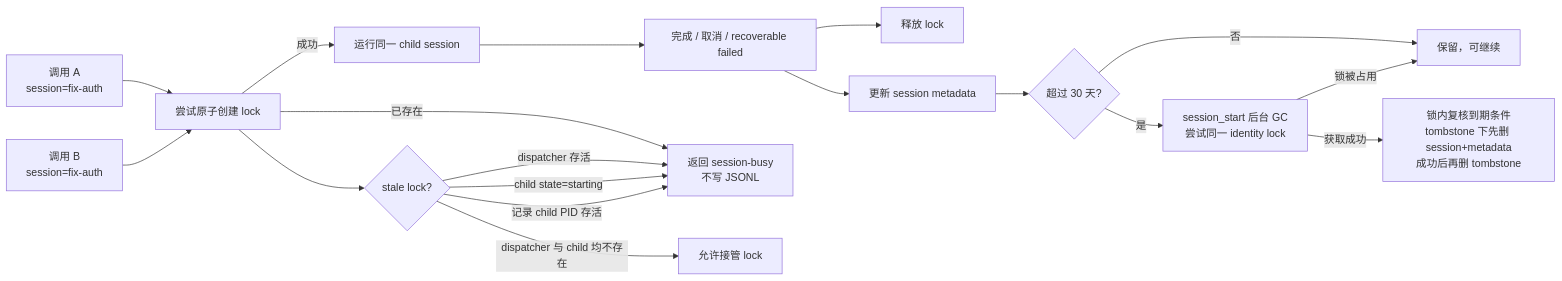
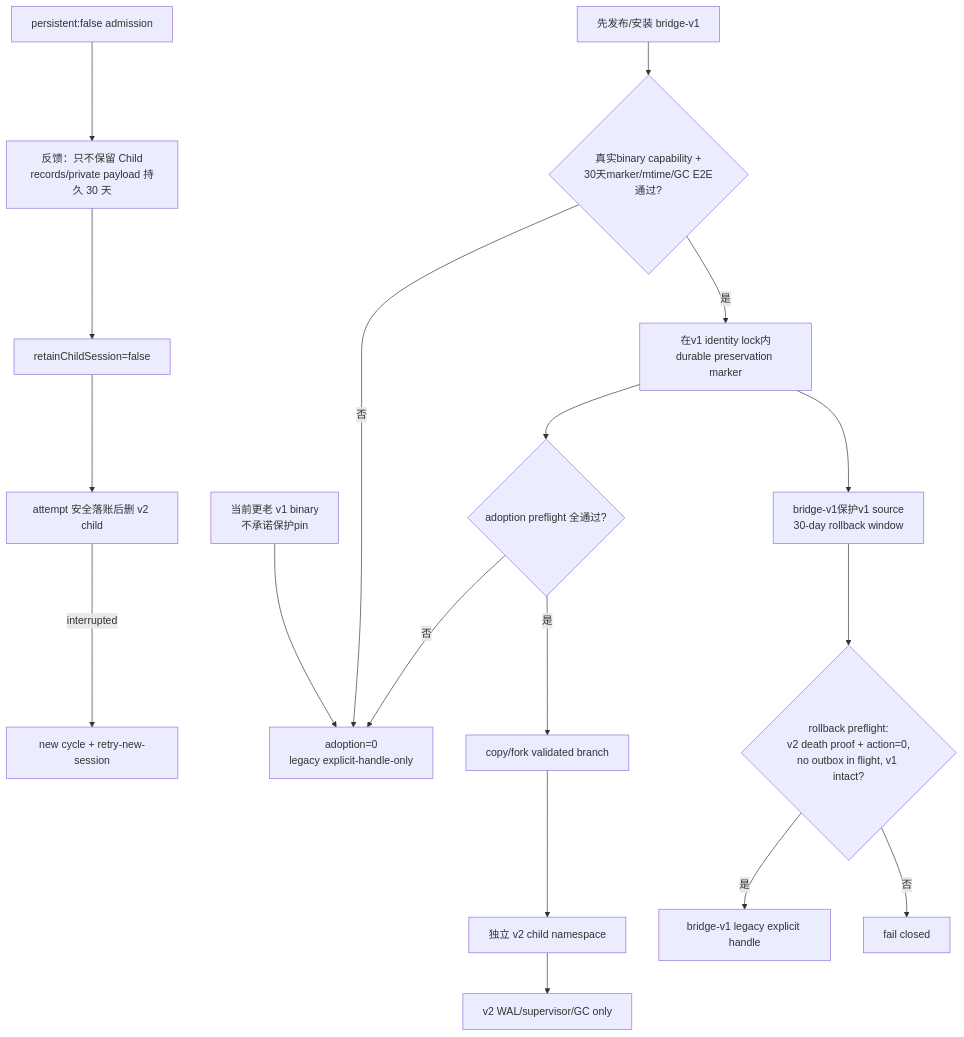
The tenth of 12 diagrams in docs/02-产品实现/subagent-dispatcher-流程图.md (ZHOUKAILIAN/my-pi-extension), drawn with Mermaid before and after one commit. The commit also changed other lines of this file and 47 other files, not shown here.

````diff
--- a/docs/02-产品实现/subagent-dispatcher-流程图.md
+++ b/docs/02-产品实现/subagent-dispatcher-流程图.md
@@ -118,20 +304,21 @@
 ```mermaid
-flowchart LR
-  A[调用 A<br/>session=fix-auth] --> L[尝试原子创建 lock]
-  B[调用 B<br/>session=fix-auth] --> L
-  L -->|成功| R[运行同一 child session]
-  L -->|已存在| X[返回 session-busy<br/>不写 JSONL]
-  R --> S[完成 / 取消 / recoverable failed]
-  S --> U[释放 lock]
-  S --> M[更新 session metadata]
-  M --> G{超过 30 天?}
-  G -->|否| K[保留，可继续]
-  G -->|是| T[session_start 后台 GC<br/>尝试同一 identity lock]
-  T -->|锁被占用| K
-  T -->|获取成功| V[锁内复核到期条件<br/>tombstone 下先删 session+metadata<br/>成功后再删 tombstone]
-  L --> C{stale lock?}
-  C -->|dispatcher 存活| X
-  C -->|child state=starting| X
-  C -->|记录 child PID 存活| X
-  C -->|dispatcher 与 child 均不存在| N[允许接管 lock]
+flowchart TD
+  P[persistent:false admission] --> F[反馈：只不保留 Child<br/>records/private payload 持久 30 天]
+  F --> R[retainChildSession=false]
+  R --> D[attempt 安全落账后删 v2 child]
+  D -->|interrupted| N[new cycle + retry-new-session]
+
+  OLD[当前更老 v1 binary<br/>不承诺保护pin] --> NO[adoption=0<br/>legacy explicit-handle-only]
+  B1[先发布/安装 bridge-v1] --> CAP{真实binary capability +<br/>30天marker/mtime/GC E2E通过?}
+  CAP -->|否| NO
+  CAP -->|是| PIN[在v1 identity lock内<br/>durable preservation marker]
+  PIN --> PF{adoption preflight 全通过?}
+  PF -->|否| NO
+  PF -->|是| CP[copy/fork validated branch]
+  CP --> V2[独立 v2 child namespace]
+  V2 --> OWN[v2 WAL/supervisor/GC only]
+  PIN --> KEEP[bridge-v1保护v1 source<br/>30-day rollback window]
+  KEEP --> RB{rollback preflight:<br/>v2 death proof + action=0,<br/>no outbox in flight, v1 intact?}
+  RB -->|是| LEG[bridge-v1 legacy explicit handle]
+  RB -->|否| FAIL[fail closed]
 ```
````
